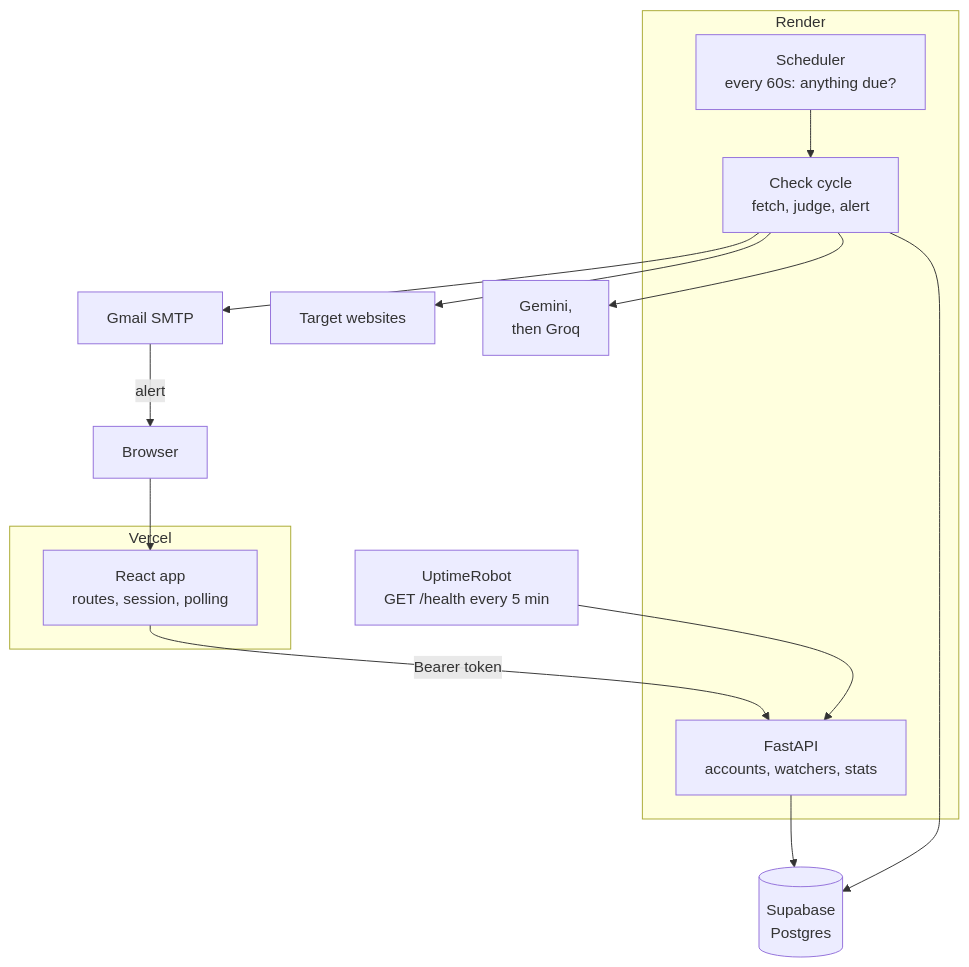
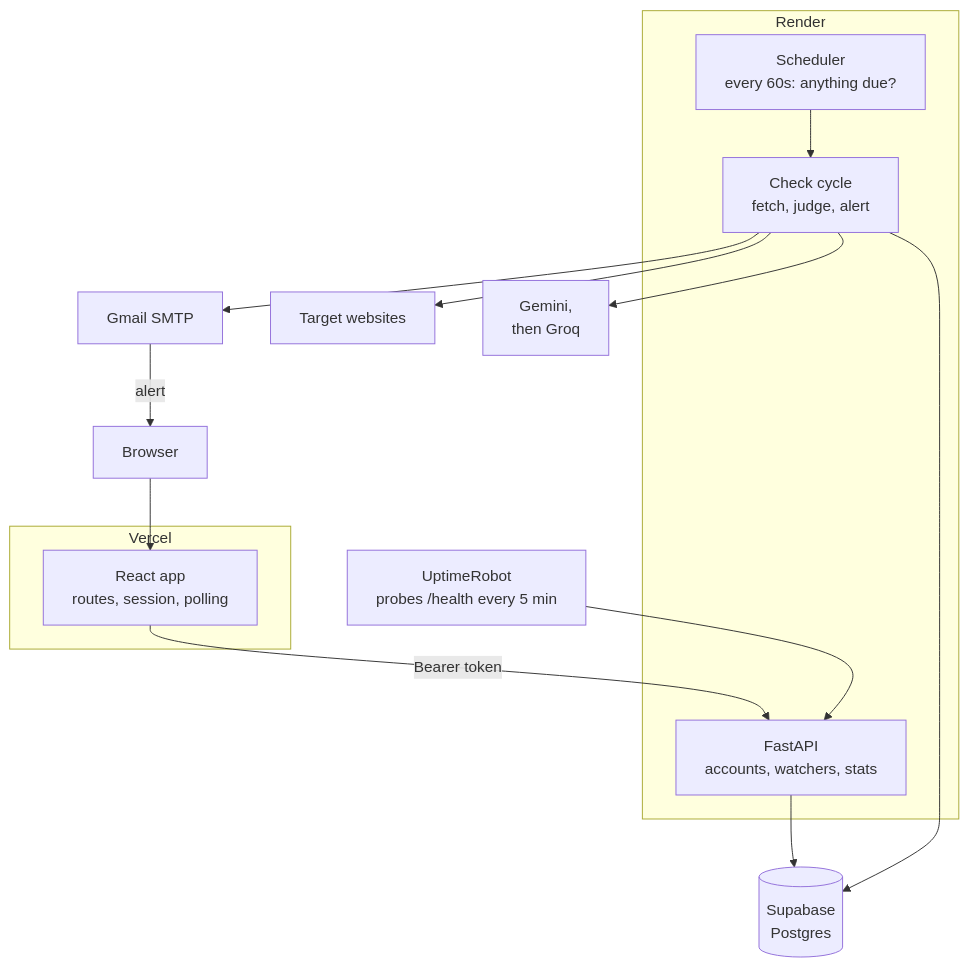
One commit to Ahsan-20/Argus changed the second of 2 diagrams in README.md. Above: the diagram before and after it, drawn with Mermaid. The commit also changed other lines of this file and 2 other files, not shown here.

Commit message:
Finalise the three README files against the live deployment
Each README now names the URL it is about: the root report already carried both,
the backend document points at the API, and the frontend one at the app and the
API it calls.

Recorded the HEAD requirement where it will actually be read. The deployment
section now explains that both monitored paths accept GET and HEAD, and why that
matters: monitors probe with HEAD to save bandwidth, FastAPI registers GET alone,
and the resulting 405 reads as downtime while the service is serving traffic
normally. That is a confusing thing to diagnose, since the monitor keeps
recording healthy response times throughout, so it is worth writing down.

Corrected three line counts that had drifted as the code changed: main.py grew
with the root route, TopBar shrank when the connection indicator went, and
Console lost a few lines with it.

````diff
--- a/README.md
+++ b/README.md
@@ -593,31 +593,31 @@
 ```mermaid
 flowchart TB
     USER["Browser"]
-    MON["UptimeRobot<br/>GET /health every 5 min"]
+    MON["UptimeRobot<br/>probes /health every 5 min"]
 
     subgraph VERCEL["Vercel"]
         FE["React app<br/>routes, session, polling"]
     end
 
     subgraph RENDER["Render"]
         API["FastAPI<br/>accounts, watchers, stats"]
         SCHED["Scheduler<br/>every 60s: anything due?"]
         TICK["Check cycle<br/>fetch, judge, alert"]
     end
 
     DB[("Supabase<br/>Postgres")]
     SITES["Target websites"]
     AI["Gemini,<br/>then Groq"]
     MAIL["Gmail SMTP"]
 
     USER --> FE
     FE -- "Bearer token" --> API
     MON --> API
     API --> DB
     SCHED --> TICK
     TICK --> DB
     TICK --> SITES
     TICK --> AI
     TICK --> MAIL
     MAIL -- "alert" --> USER
 ```
````
